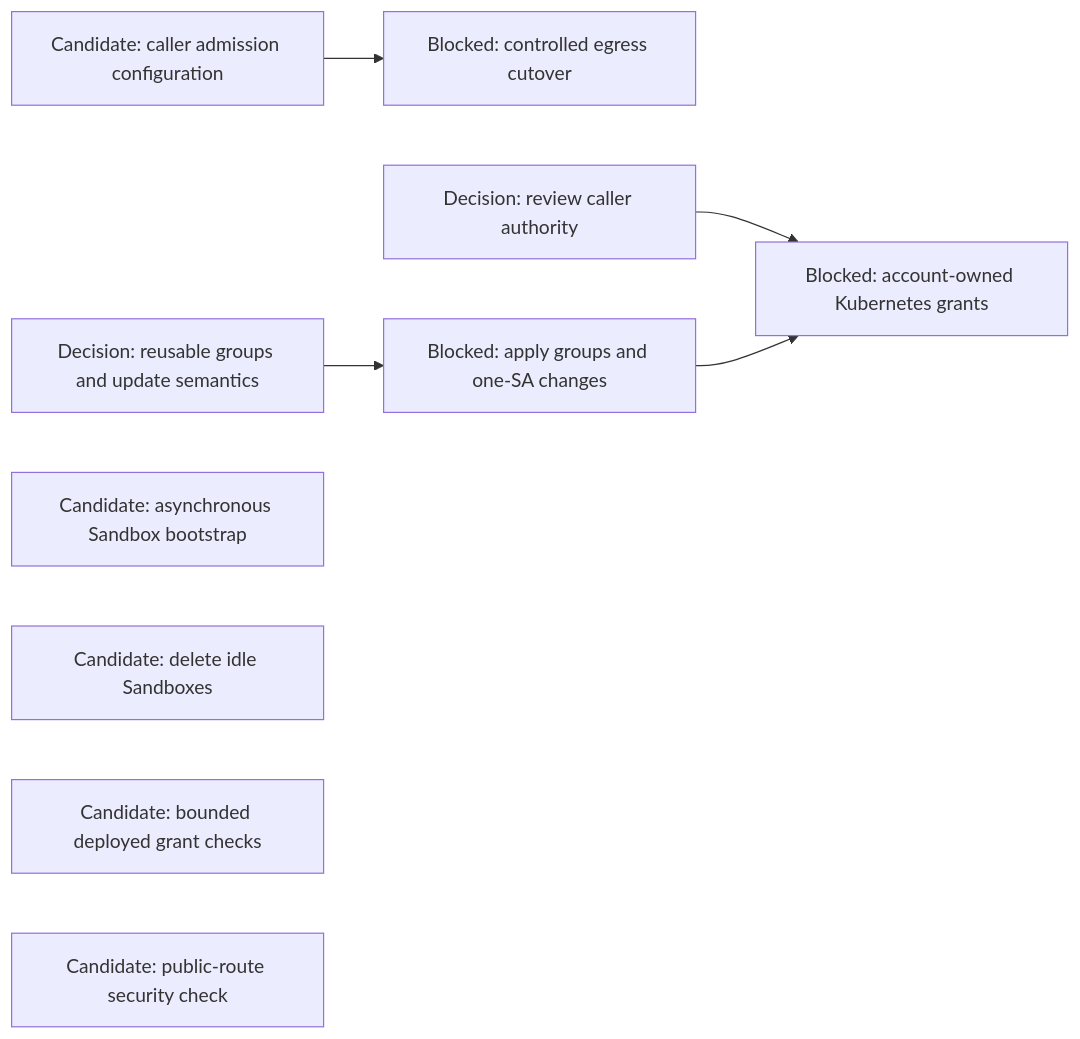
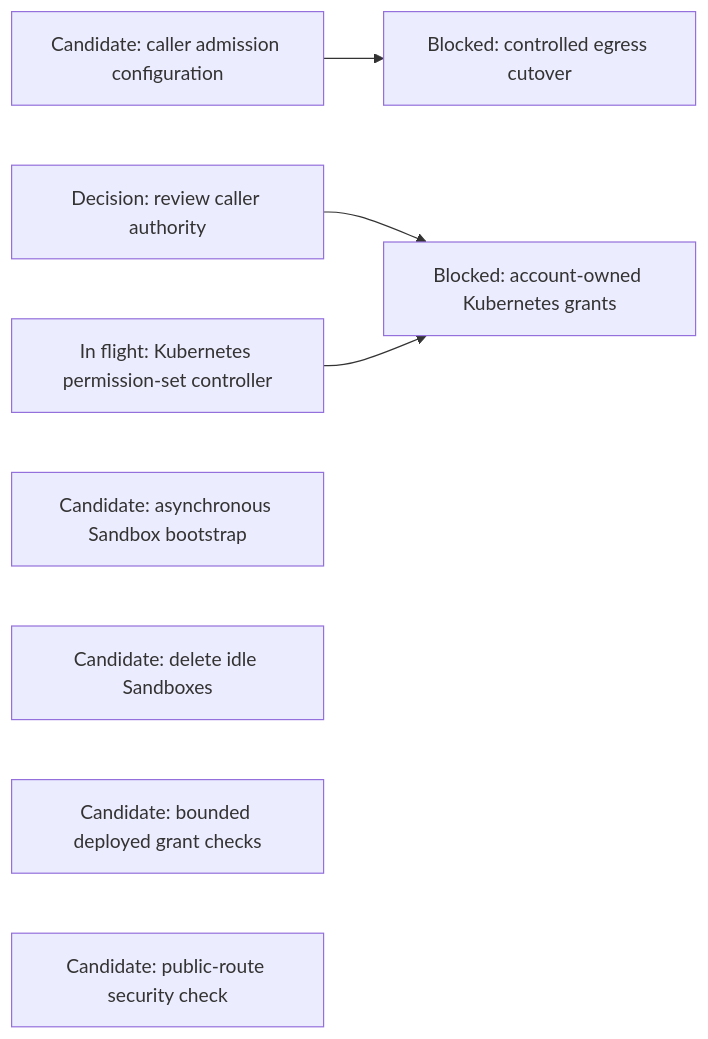
One commit to agentydragon-agent/ducktape changed the eighth of 14 diagrams in agentplane/plans/task_dag.md. Above: the diagram before and after it, drawn with Mermaid. The commit also changed other lines of this file and 1 other file, not shown here.

````diff
--- a/agentplane/plans/task_dag.md
+++ b/agentplane/plans/task_dag.md
@@ -471,11 +471,11 @@
 ```mermaid
 flowchart LR
     PC_EGRESS_CREDENTIALS[Candidate: caller admission configuration] --> PC_EGRESS[Blocked: controlled egress cutover]
     CLAUDE_AI_SA[Decision: review caller authority] --> MANAGED_SA_RBAC[Blocked: account-owned Kubernetes grants]
-    KUBERNETES_RBAC_POLICIES[Decision: reusable groups and update semantics] --> KUBERNETES_RBAC_POLICY_BINDINGS[Blocked: apply groups and one-SA changes]
+    KUBERNETES_RBAC_POLICY_BINDINGS[In flight: Kubernetes permission-set controller]
     KUBERNETES_RBAC_POLICY_BINDINGS --> MANAGED_SA_RBAC
     BOOTSTRAP_PROGRESS_CONTRACT[Candidate: asynchronous Sandbox bootstrap]
     SANDBOX_IDLE_EXPIRY[Candidate: delete idle Sandboxes]
     SANDBOX_RBAC[Candidate: bounded deployed grant checks]
     NOTIFICATION_INGRESS_BOUNDARY[Candidate: public-route security check]
 ```
````
